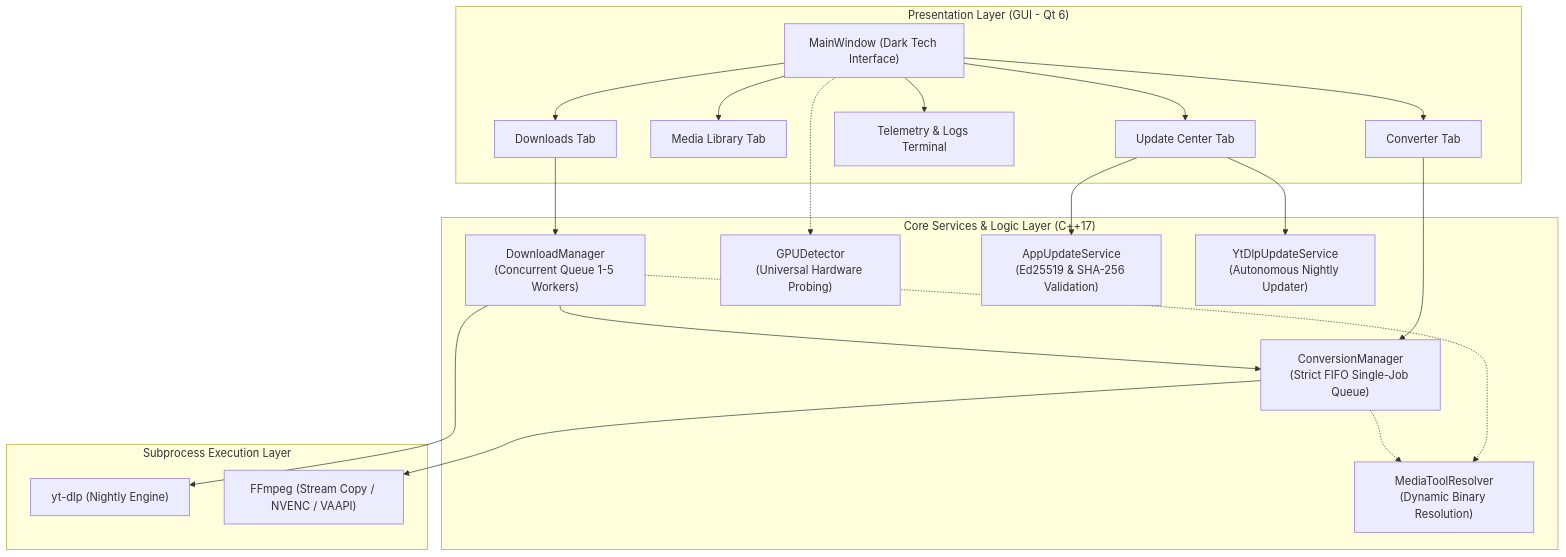
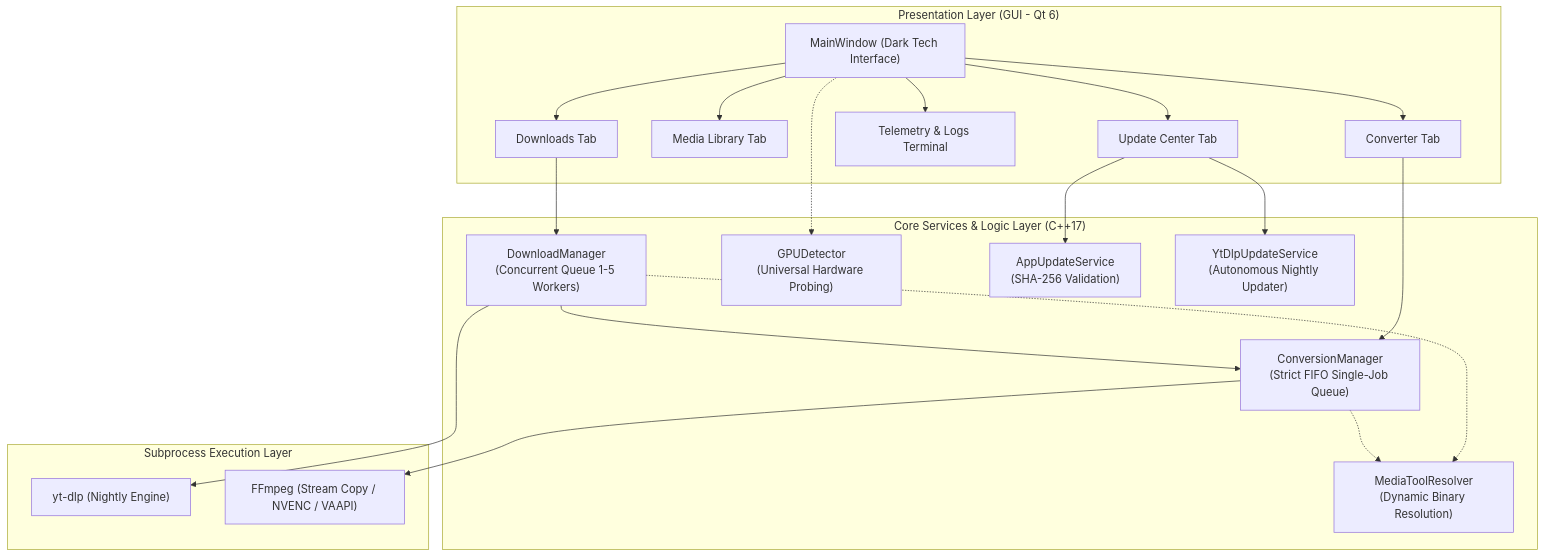
Before and after one commit to BadTonho/PrismDownloader: the first of 3 diagrams in docs/ARCHITECTURE.md, drawn with Mermaid. The commit also changed 26 other files, not shown here.

````diff
--- a/docs/ARCHITECTURE.md
+++ b/docs/ARCHITECTURE.md
@@ -15,36 +15,36 @@
 ```mermaid
 flowchart TD
     subgraph UI_Layer ["Presentation Layer (GUI - Qt 6)"]
         MW["MainWindow (Dark Tech Interface)"]
         DL_Tab["Downloads Tab"]
         LIB_Tab["Media Library Tab"]
         CONV_Tab["Converter Tab"]
         LOG_Tab["Telemetry & Logs Terminal"]
         UPD_Tab["Update Center Tab"]
     end
 
     subgraph Core_Services ["Core Services & Logic Layer (C++17)"]
         DM["DownloadManager\n(Concurrent Queue 1-5 Workers)"]
         CM["ConversionManager\n(Strict FIFO Single-Job Queue)"]
         GD["GPUDetector\n(Universal Hardware Probing)"]
         MTR["MediaToolResolver\n(Dynamic Binary Resolution)"]
-        AUS["AppUpdateService\n(Ed25519 & SHA-256 Validation)"]
+        AUS["AppUpdateService\n(SHA-256 Validation)"]
         YUS["YtDlpUpdateService\n(Autonomous Nightly Updater)"]
     end
 
     subgraph Engine_Layer ["Subprocess Execution Layer"]
         YTDLP["yt-dlp (Nightly Engine)"]
         FFMPEG["FFmpeg (Stream Copy / NVENC / VAAPI)"]
     end
 
     MW --> DL_Tab & LIB_Tab & CONV_Tab & LOG_Tab & UPD_Tab
     DL_Tab --> DM
     CONV_Tab --> CM
     DM --> CM
     DM --> YTDLP
     CM --> FFMPEG
     DM -.-> MTR
     CM -.-> MTR
     UPD_Tab --> AUS & YUS
     MW -.-> GD
 ```
````
